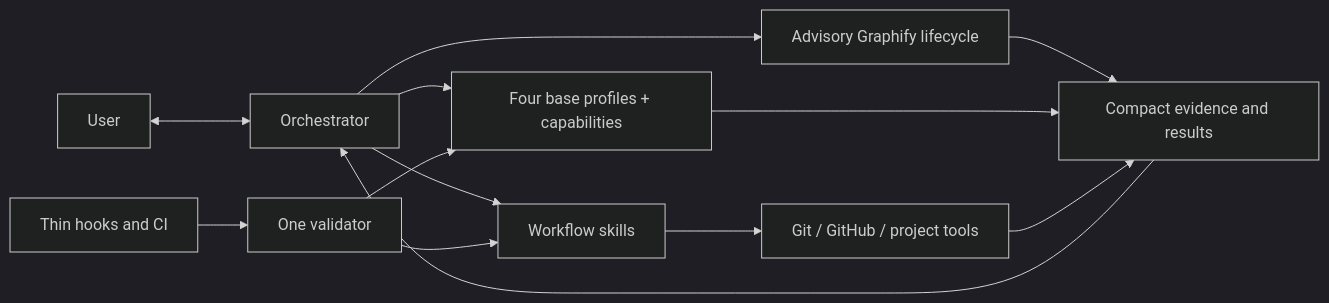
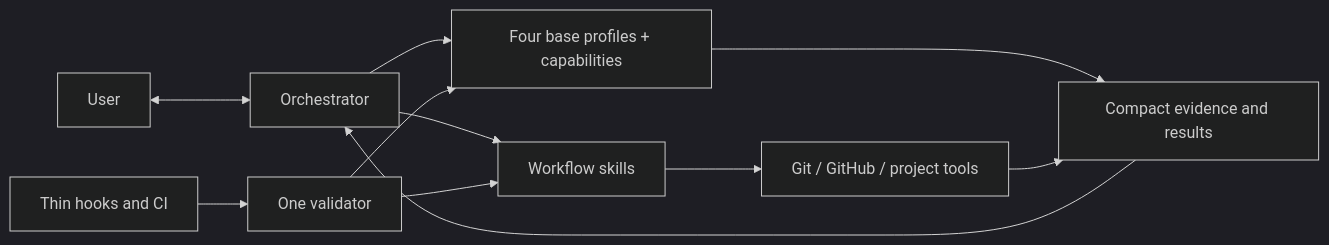
Before and after one commit to FranciscoJSBarragan/Orchestra: the diagram in docs/ARCHITECTURE.md, drawn with Mermaid (dark theme). The commit also changed other lines of this file and 16 other files, not shown here.

````diff
--- a/docs/ARCHITECTURE.md
+++ b/docs/ARCHITECTURE.md
@@ -8,15 +8,13 @@
 ```mermaid
 flowchart LR
     U["User"] <--> O["Orchestrator"]
     O --> A["Four base profiles + capabilities"]
     O --> W["Workflow skills"]
-    O --> F["Advisory Graphify lifecycle"]
     W --> G["Git / GitHub / project tools"]
-    F --> E
     A --> E["Compact evidence and results"]
     G --> E
     E --> O
     V["One validator"] --> W
     V --> A
     H["Thin hooks and CI"] --> V
 ```
````
